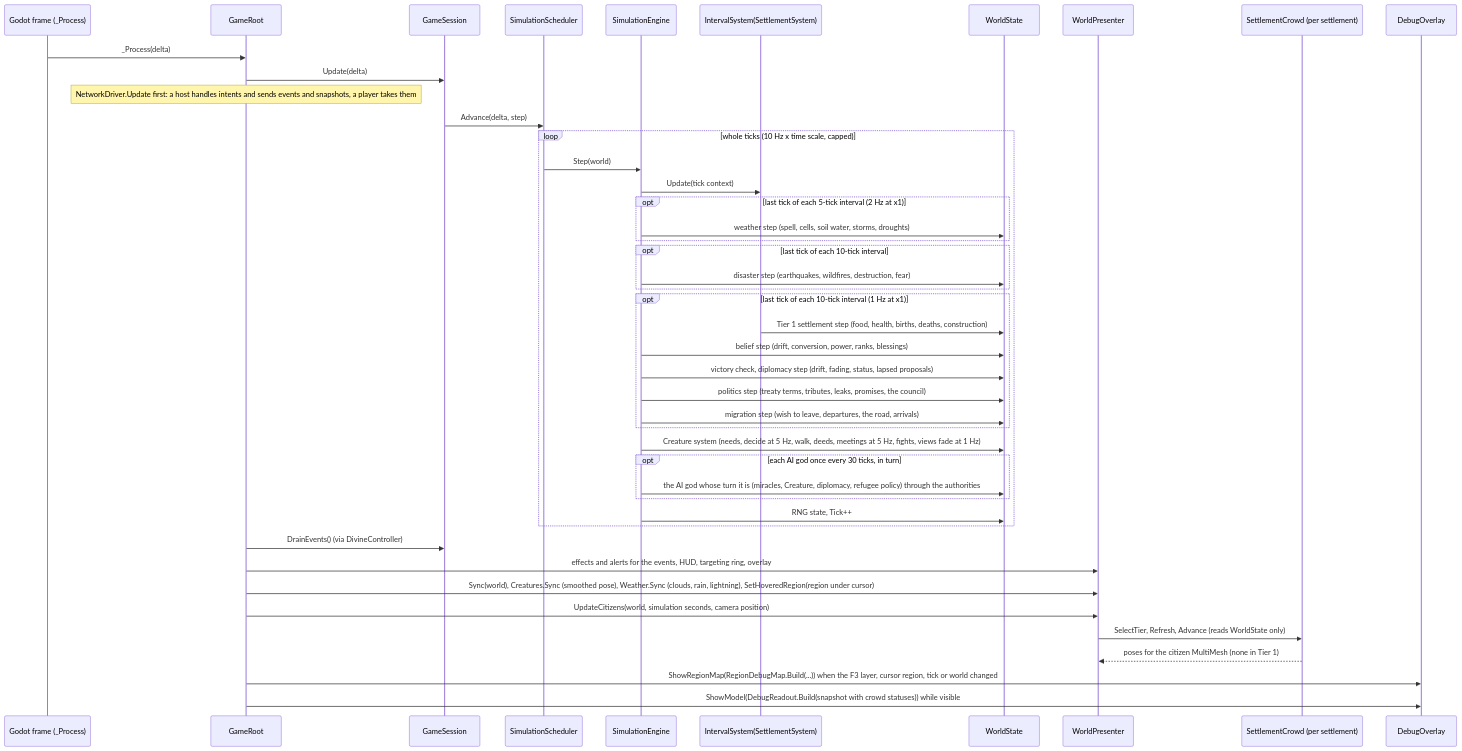
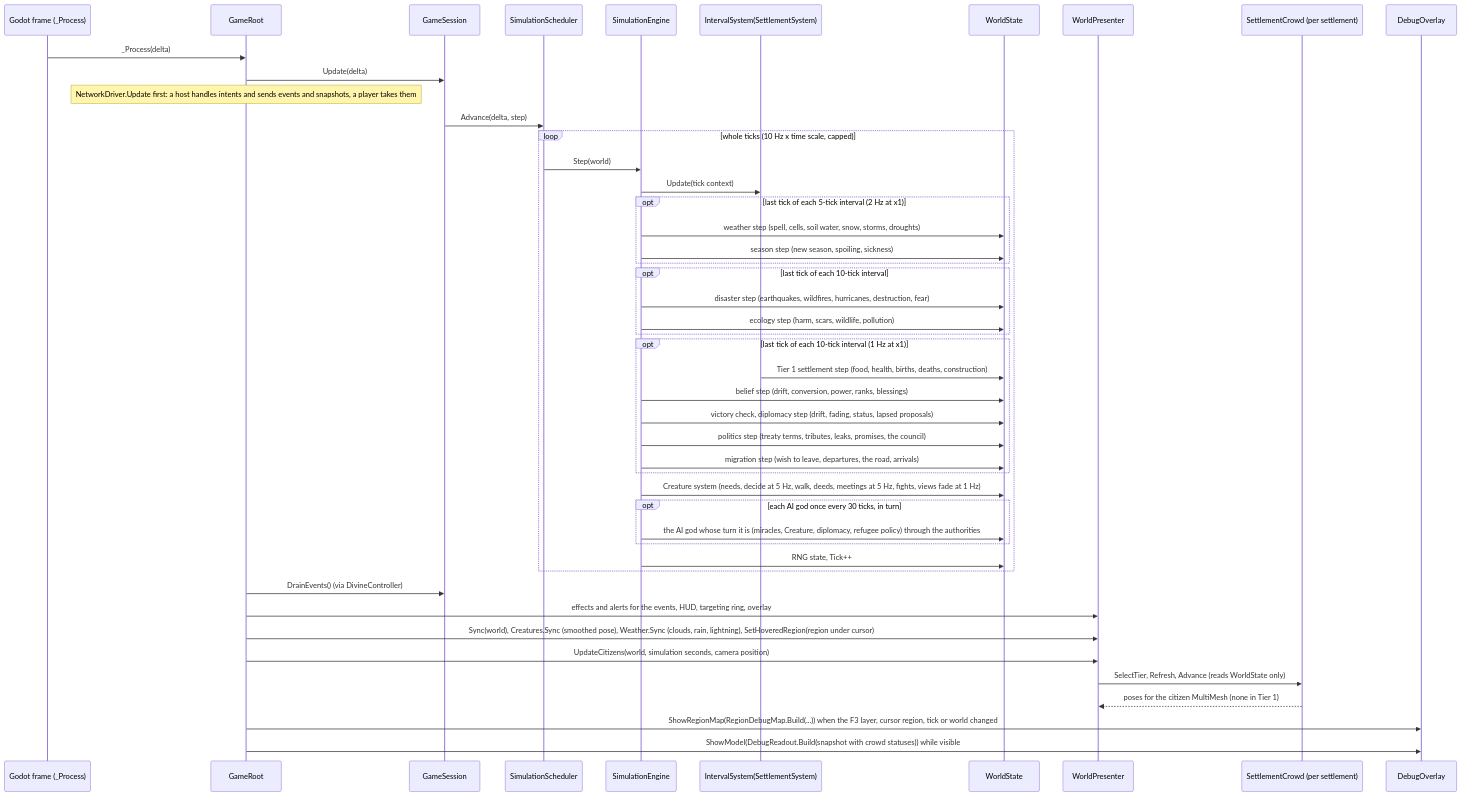
The second of 26 diagrams in docs/ARCHITECTURE.md (roeyazroel/pantheon), drawn with Mermaid before and after one commit. The commit also changed other lines of this file and 109 other files, not shown here.

````diff
--- a/docs/ARCHITECTURE.md
+++ b/docs/ARCHITECTURE.md
@@ -619,48 +637,50 @@
 ```mermaid
 sequenceDiagram
     participant Godot as Godot frame (_Process)
     participant Root as GameRoot
     participant Session as GameSession
     participant Sched as SimulationScheduler
     participant Engine as SimulationEngine
     participant Settle as IntervalSystem(SettlementSystem)
     participant State as WorldState
     participant View as WorldPresenter
     participant Crowd as SettlementCrowd (per settlement)
     participant Overlay as DebugOverlay
 
     Godot->>Root: _Process(delta)
     Root->>Session: Update(delta)
     Note over Root: NetworkDriver.Update first: a host handles intents and sends events and snapshots, a player takes them
     Session->>Sched: Advance(delta, step)
     loop whole ticks (10 Hz x time scale, capped)
         Sched->>Engine: Step(world)
         Engine->>Settle: Update(tick context)
         opt last tick of each 5-tick interval (2 Hz at x1)
-            Engine->>State: weather step (spell, cells, soil water, storms, droughts)
+            Engine->>State: weather step (spell, cells, soil water, snow, storms, droughts)
+            Engine->>State: season step (new season, spoiling, sickness)
         end
         opt last tick of each 10-tick interval
-            Engine->>State: disaster step (earthquakes, wildfires, destruction, fear)
+            Engine->>State: disaster step (earthquakes, wildfires, hurricanes, destruction, fear)
+            Engine->>State: ecology step (harm, scars, wildlife, pollution)
         end
         opt last tick of each 10-tick interval (1 Hz at x1)
             Settle->>State: Tier 1 settlement step (food, health, births, deaths, construction)
             Engine->>State: belief step (drift, conversion, power, ranks, blessings)
             Engine->>State: victory check, diplomacy step (drift, fading, status, lapsed proposals)
             Engine->>State: politics step (treaty terms, tributes, leaks, promises, the council)
             Engine->>State: migration step (wish to leave, departures, the road, arrivals)
         end
         Engine->>State: Creature system (needs, decide at 5 Hz, walk, deeds, meetings at 5 Hz, fights, views fade at 1 Hz)
         opt each AI god once every 30 ticks, in turn
             Engine->>State: the AI god whose turn it is (miracles, Creature, diplomacy, refugee policy) through the authorities
         end
         Engine->>State: RNG state, Tick++
     end
     Root->>Session: DrainEvents() (via DivineController)
     Root->>View: effects and alerts for the events, HUD, targeting ring, overlay
     Root->>View: Sync(world), Creatures.Sync (smoothed pose), Weather.Sync (clouds, rain, lightning), SetHoveredRegion(region under cursor)
     Root->>View: UpdateCitizens(world, simulation seconds, camera position)
     View->>Crowd: SelectTier, Refresh, Advance (reads WorldState only)
     Crowd-->>View: poses for the citizen MultiMesh (none in Tier 1)
     Root->>Overlay: ShowRegionMap(RegionDebugMap.Build(...)) when the F3 layer, cursor region, tick or world changed
     Root->>Overlay: ShowModel(DebugReadout.Build(snapshot with crowd statuses)) while visible
 ```
````
